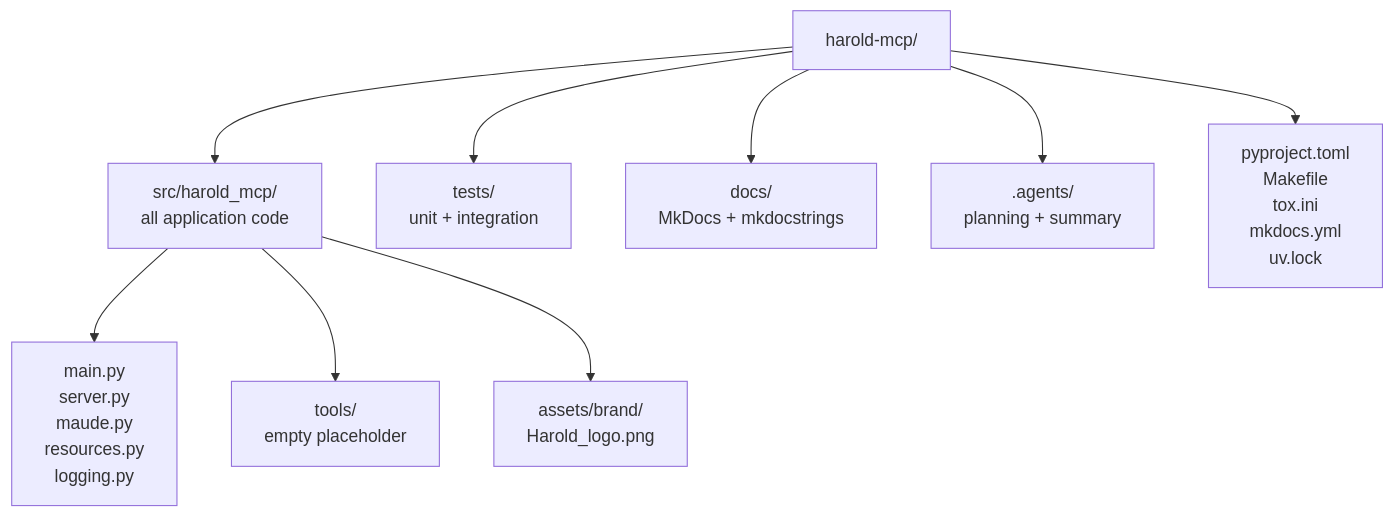
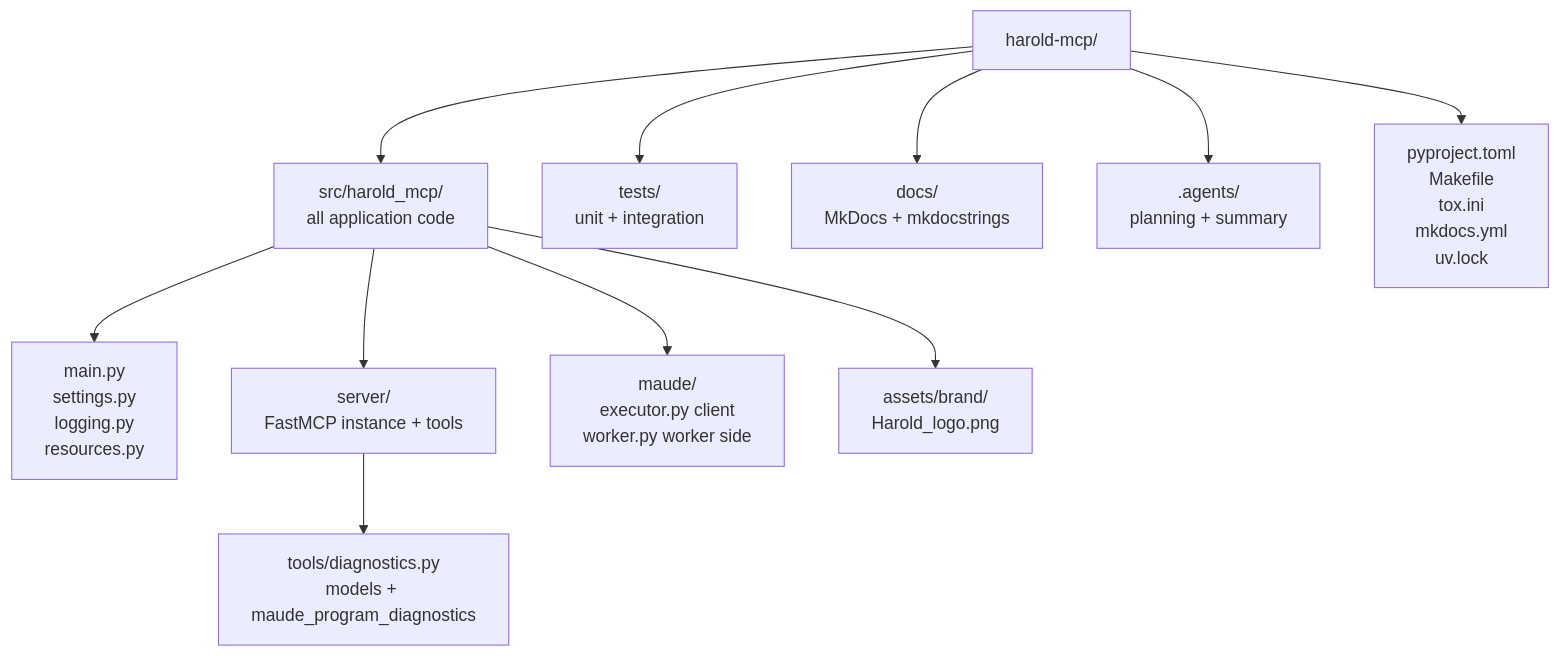
The diagram in harold-mcp/AGENTS.md (demiourgoi/Harold), drawn with Mermaid before and after one commit. The commit also changed other lines of this file and 11 other files, not shown here.

````diff
--- a/harold-mcp/AGENTS.md
+++ b/harold-mcp/AGENTS.md
@@ -38,11 +39,13 @@
 ```mermaid
 graph TB
     R[harold-mcp/] --> S[src/harold_mcp/<br>all application code]
     R --> T[tests/<br>unit + integration]
     R --> D[docs/<br>MkDocs + mkdocstrings]
     R --> A2[.agents/<br>planning + summary]
-    S --> M[main.py<br>server.py<br>maude.py<br>resources.py<br>logging.py]
-    S --> TO[tools/<br>empty placeholder]
+    S --> F[main.py<br>settings.py<br>logging.py<br>resources.py]
+    S --> SRV[server/<br>FastMCP instance + tools]
+    SRV --> TO[tools/diagnostics.py<br>models + maude_program_diagnostics]
+    S --> MD[maude/<br>executor.py client<br>worker.py worker side]
     S --> A[assets/brand/<br>Harold_logo.png]
     R --> C[pyproject.toml<br>Makefile<br>tox.ini<br>mkdocs.yml<br>uv.lock]
 ```
````
